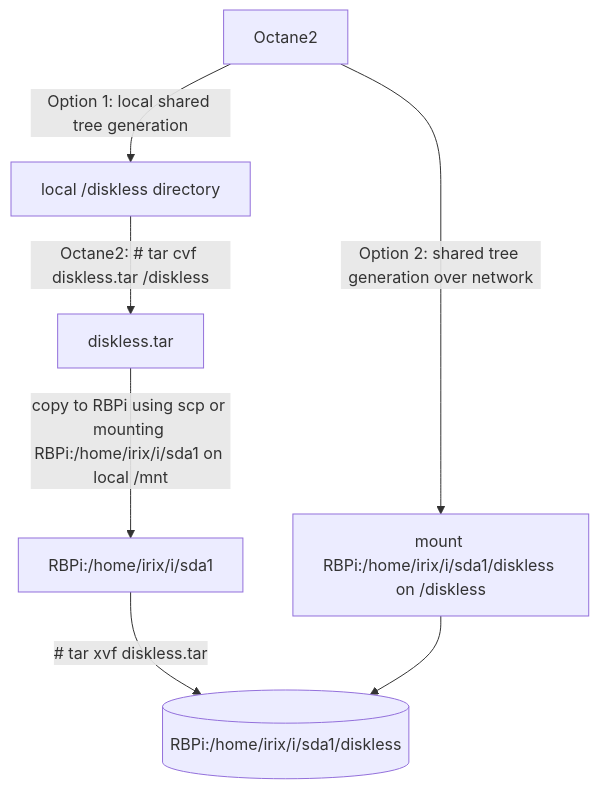
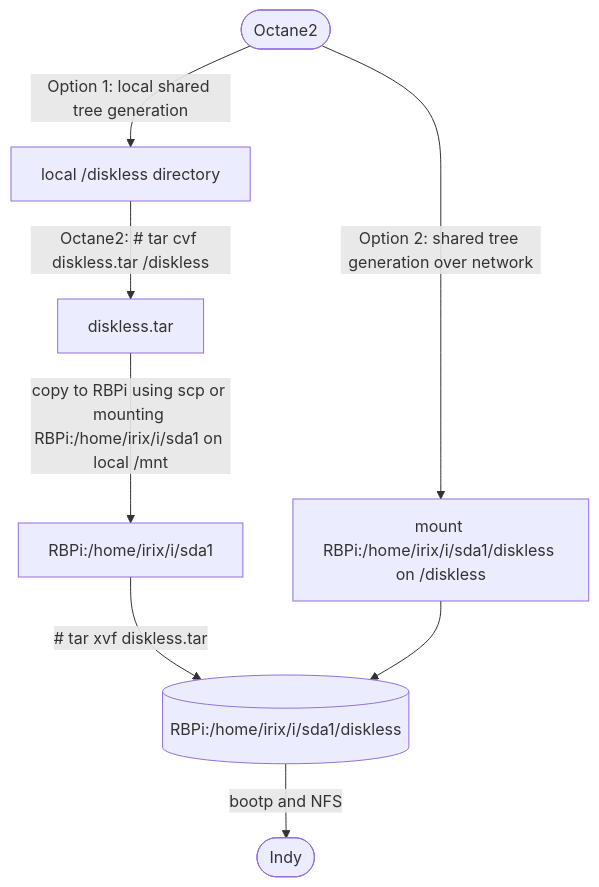
The second of 3 diagrams in README.md (Linux-RISC/IRIX-diskless-workstation), drawn with Mermaid before and after one commit. The commit also changed other lines of this file, not shown here.

````diff
--- a/README.md
+++ b/README.md
@@ -67,6 +68,7 @@
 ```mermaid
 graph TD;
-    Octane2--Option 1: local shared tree generation-->local_diskless[local /diskless directory]--Octane2: # tar cvf diskless.tar /diskless-->diskless.tar;
+    Octane2([Octane2])--Option 1: local shared tree generation-->local_diskless[local /diskless directory]--Octane2: # tar cvf diskless.tar /diskless-->diskless.tar;
     diskless.tar--copy to RBPi using scp or mounting RBPi:/home/irix/i/sda1 on local /mnt-->RBPi:/home/irix/i/sda1--# tar xvf diskless.tar-->RBPi[(RBPi:/home/irix/i/sda1/diskless)];
-   Octane2--Option 2: shared tree generation over network-->mount_RBPi[mount RBPi:/home/irix/i/sda1/diskless on /diskless]-->RBPi[(RBPi:/home/irix/i/sda1/diskless)];
+   Octane2([Octane2])--Option 2: shared tree generation over network-->mount_RBPi[mount RBPi:/home/irix/i/sda1/diskless on /diskless]-->RBPi[(RBPi:/home/irix/i/sda1/diskless)];
+   RBPi[(RBPi:/home/irix/i/sda1/diskless)]--bootp and NFS-->Indy([Indy]);
 ```
````
